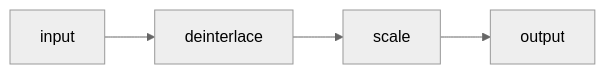
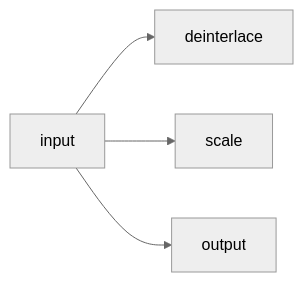
The third of 5 diagrams in docs/tools/ffmpeg/guide.md (gendloop/LearningNotes), drawn with Mermaid (neutral theme) before and after one commit. The commit also changed other lines of this file, not shown here.

````diff
--- a/docs/tools/ffmpeg/guide.md
+++ b/docs/tools/ffmpeg/guide.md
@@ -61,7 +59,6 @@
 ```mermaid
 graph LR
-A[input]
---> B[deinterlace]
---> C[scale]
---> D[output]
+A[input] --> B[deinterlace]
+A[input] --> C[scale]
+A[input] --> D[output]
 ```
````
